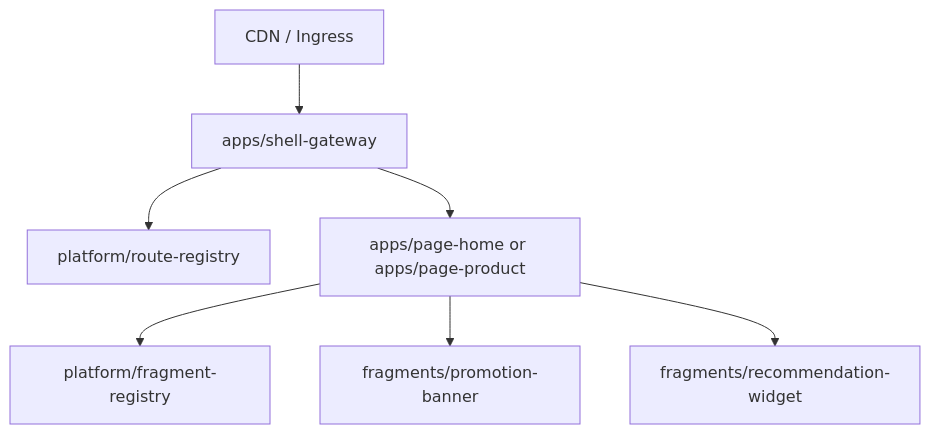
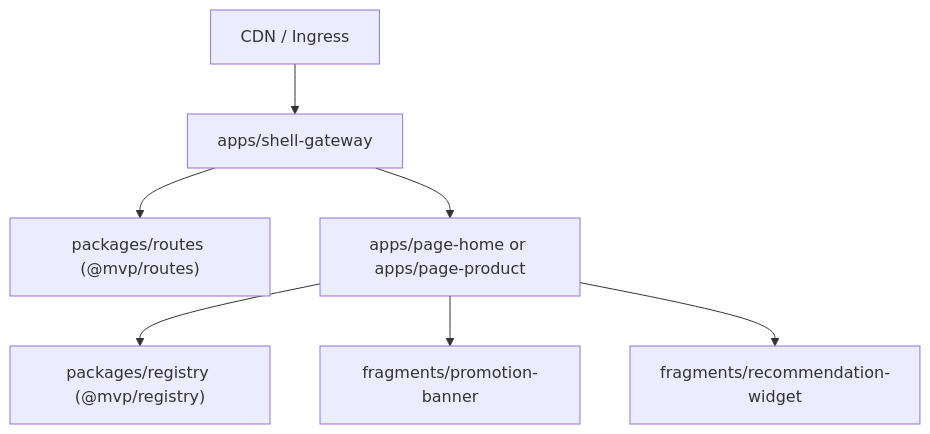
The diagram in docs/ARCHITECTURE.md (zyonlab/ai-first-web-frame), drawn with Mermaid before and after one commit. The commit also changed 10 other files, not shown here.

First line of the commit message:
docs: fix stale platform/ references after registry migration

````diff
--- a/docs/ARCHITECTURE.md
+++ b/docs/ARCHITECTURE.md
@@ -7,9 +7,9 @@
 ```mermaid
 flowchart TD
   A["CDN / Ingress"] --> B["apps/shell-gateway"]
-  B --> C["platform/route-registry"]
+  B --> C["packages/routes (@mvp/routes)"]
   B --> D["apps/page-home or apps/page-product"]
-  D --> E["platform/fragment-registry"]
+  D --> E["packages/registry (@mvp/registry)"]
   D --> F["fragments/promotion-banner"]
   D --> G["fragments/recommendation-widget"]
 ```
````
